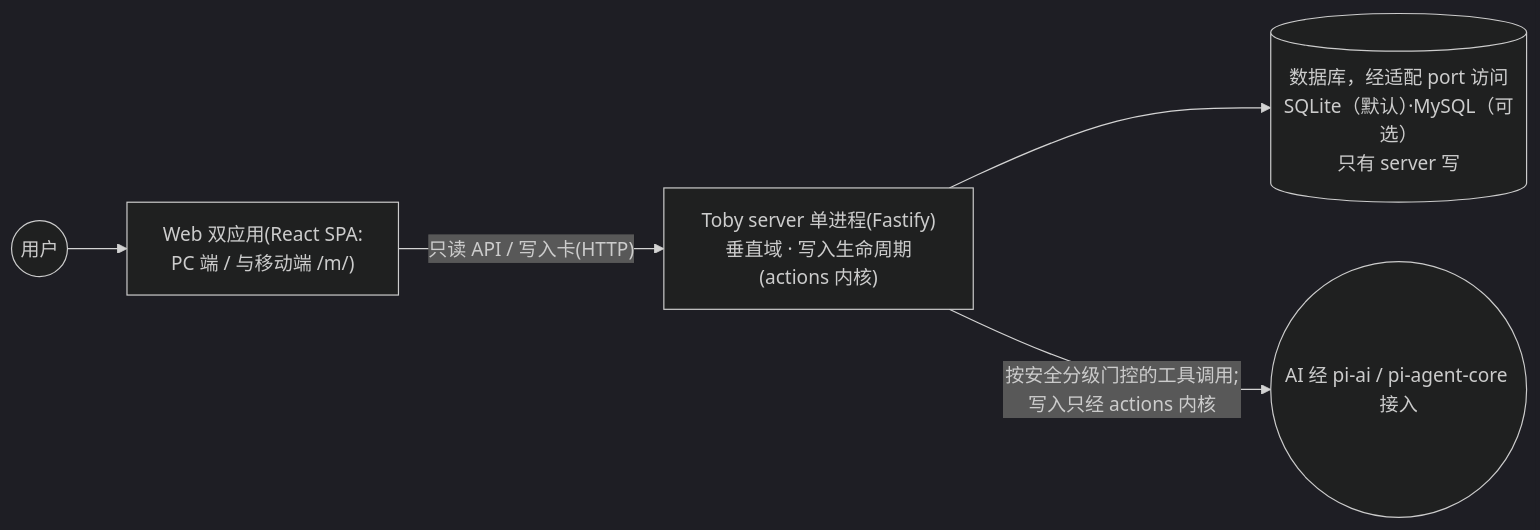
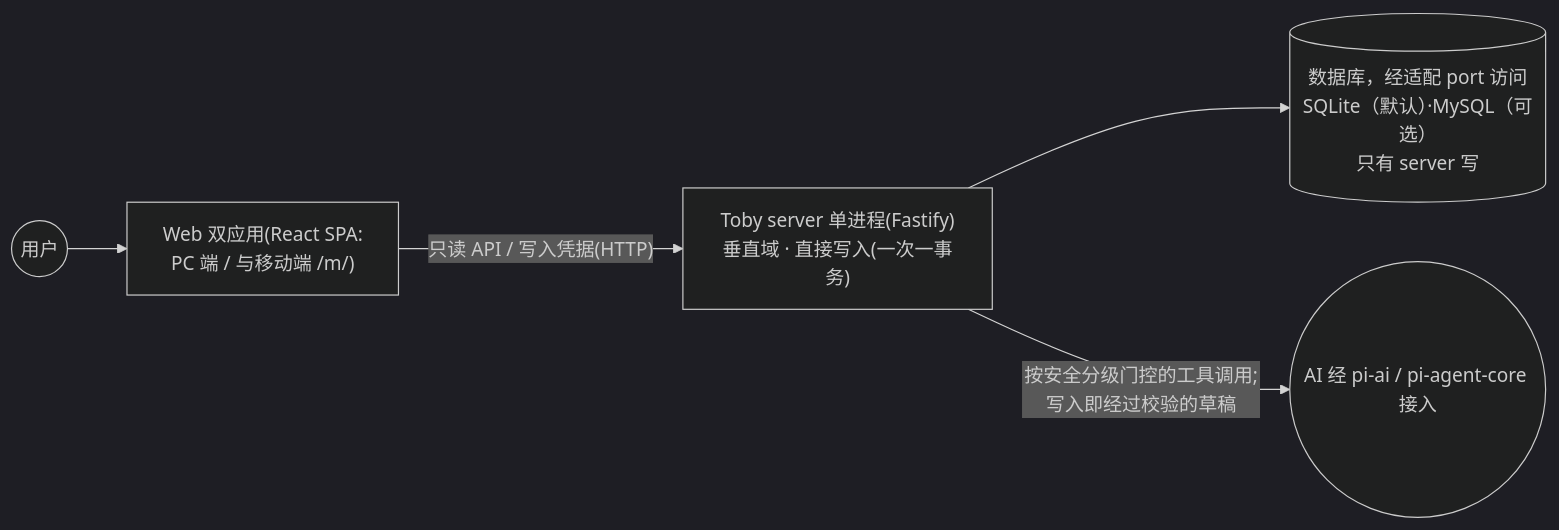
The first of 3 diagrams in docs/system-overview.zh.md (dengyusys/toby), drawn with Mermaid (dark theme) before and after one commit. The commit also changed other lines of this file and 86 other files, not shown here.

````diff
--- a/docs/system-overview.zh.md
+++ b/docs/system-overview.zh.md
@@ -23,7 +23,7 @@
 ```mermaid
 flowchart LR
     U(("用户")) --> W["Web 双应用(React SPA:<br/>PC 端 / 与移动端 /m/)"]
-    W -->|"只读 API / 写入卡(HTTP)"| S["Toby server 单进程(Fastify)<br/>垂直域 · 写入生命周期(actions 内核)"]
+    W -->|"只读 API / 写入凭据(HTTP)"| S["Toby server 单进程(Fastify)<br/>垂直域 · 直接写入(一次一事务)"]
     S --> DB[("数据库，经适配 port 访问<br/>SQLite（默认）·MySQL（可选）<br/>只有 server 写")]
-    S -->|"按安全分级门控的工具调用;写入只经 actions 内核"| AI(("AI 经 pi-ai / pi-agent-core 接入"))
+    S -->|"按安全分级门控的工具调用;写入即经过校验的草稿"| AI(("AI 经 pi-ai / pi-agent-core 接入"))
 ```
````
